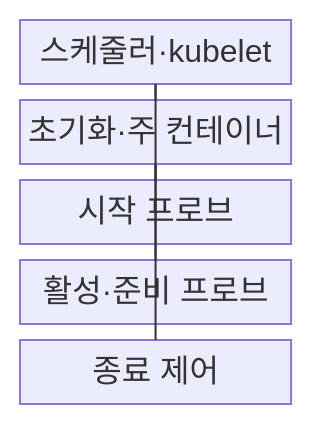
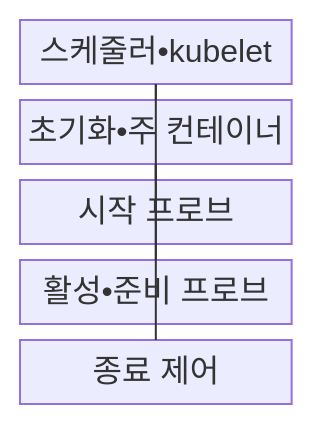
One commit to agnusdei1207/knowledge-base changed the first of 2 diagrams in src/content/docs/notes/03-software/153_kubernetes_pod_lifecycle.md. Above: the diagram before and after it, drawn with Mermaid. The commit also changed other lines of this file and 953 other files, not shown here.

````diff
--- a/src/content/docs/notes/03-software/153_kubernetes_pod_lifecycle.md
+++ b/src/content/docs/notes/03-software/153_kubernetes_pod_lifecycle.md
@@ -68,13 +68,13 @@
 ```mermaid
 block
     columns 1
-    A["스케줄러·kubelet"]
-    B["초기화·주 컨테이너"]
+    A["스케줄러•kubelet"]
+    B["초기화•주 컨테이너"]
     C["시작 프로브"]
-    D["활성·준비 프로브"]
+    D["활성•준비 프로브"]
     E["종료 제어"]
     A --- B
     B --- C
     B --- D
     A --- E
 ```
````
